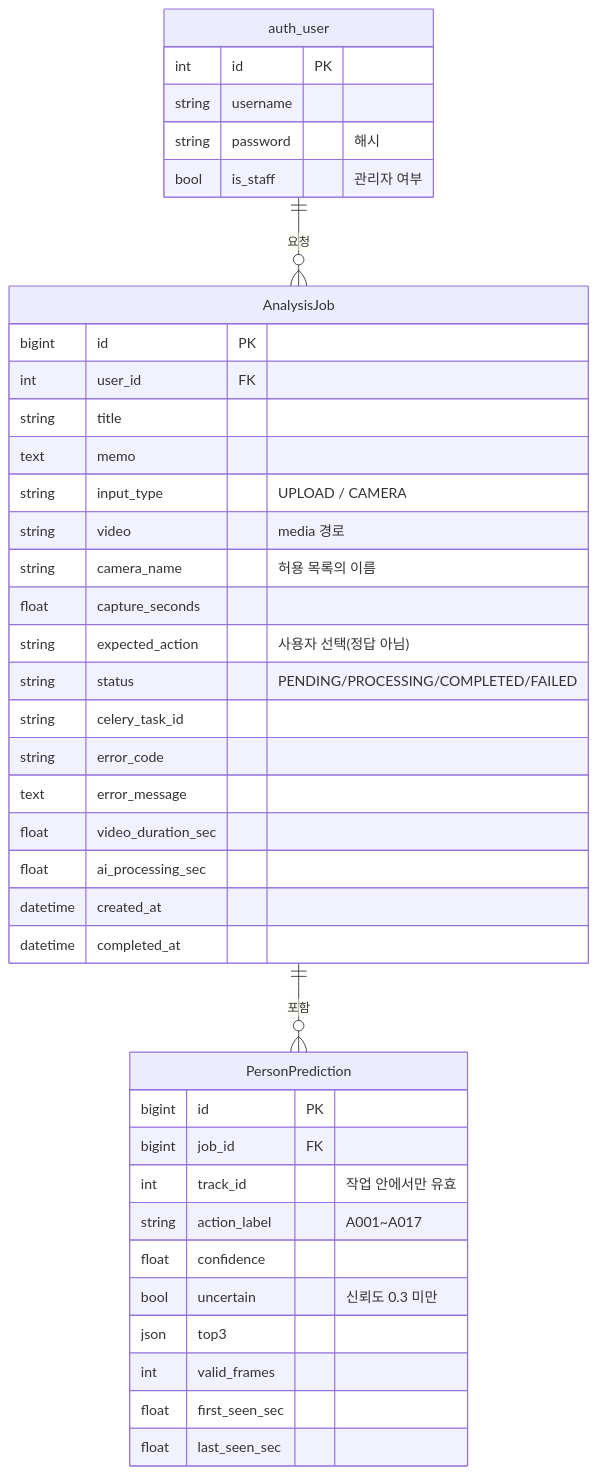
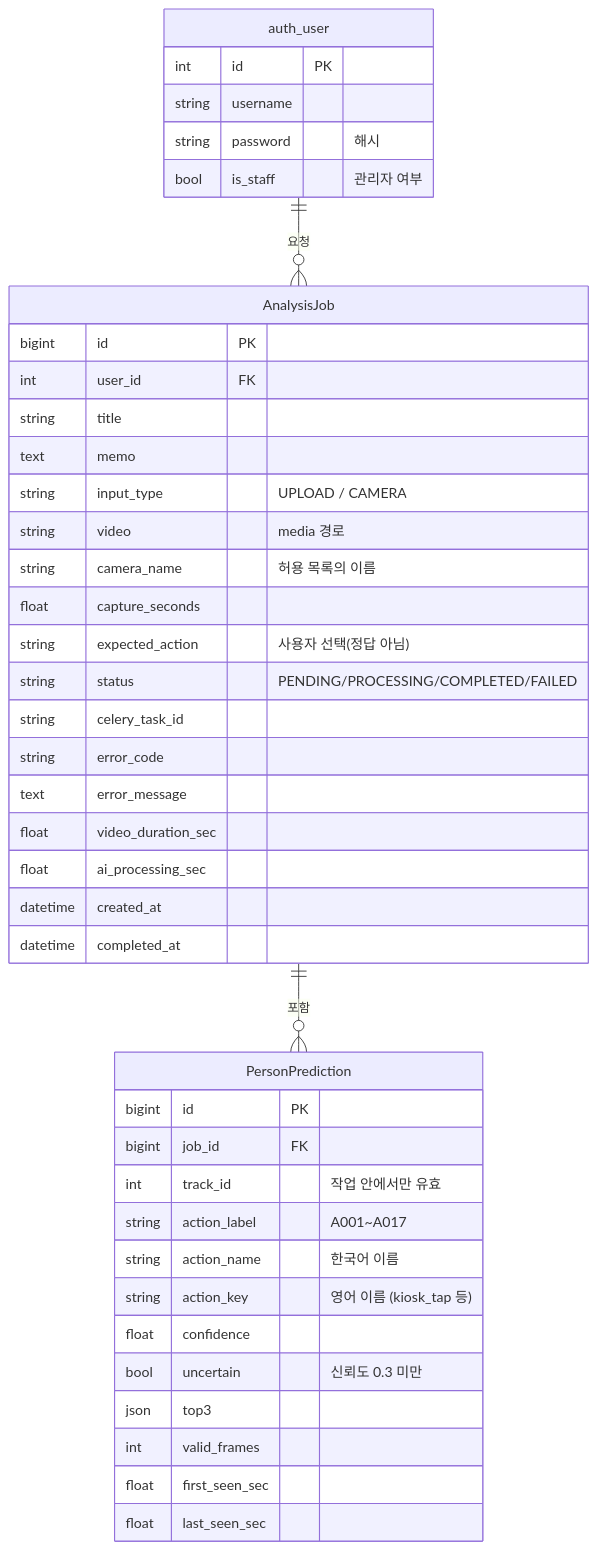
The second of 3 diagrams in README.md (Hu250506/test20261124-motion_capture), drawn with Mermaid before and after one commit. The commit also changed other lines of this file and 15 other files, not shown here.

````diff
--- a/README.md
+++ b/README.md
@@ -64,42 +64,44 @@
 ```mermaid
 erDiagram
     auth_user ||--o{ AnalysisJob : "요청"
     AnalysisJob ||--o{ PersonPrediction : "포함"
     auth_user {
         int id PK
         string username
         string password "해시"
         bool is_staff "관리자 여부"
     }
     AnalysisJob {
         bigint id PK
         int user_id FK
         string title
         text memo
         string input_type "UPLOAD / CAMERA"
         string video "media 경로"
         string camera_name "허용 목록의 이름"
         float capture_seconds
         string expected_action "사용자 선택(정답 아님)"
         string status "PENDING/PROCESSING/COMPLETED/FAILED"
         string celery_task_id
         string error_code
         text error_message
         float video_duration_sec
         float ai_processing_sec
         datetime created_at
         datetime completed_at
     }
     PersonPrediction {
         bigint id PK
         bigint job_id FK
         int track_id "작업 안에서만 유효"
         string action_label "A001~A017"
+        string action_name "한국어 이름"
+        string action_key "영어 이름 (kiosk_tap 등)"
         float confidence
         bool uncertain "신뢰도 0.3 미만"
         json top3
         int valid_frames
         float first_seen_sec
         float last_seen_sec
     }
 ```
````
